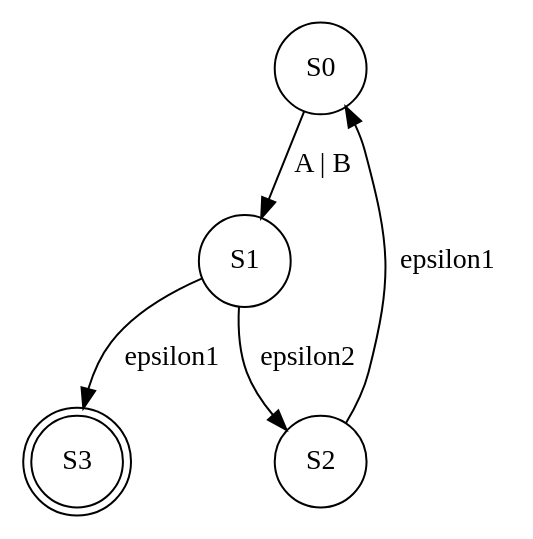
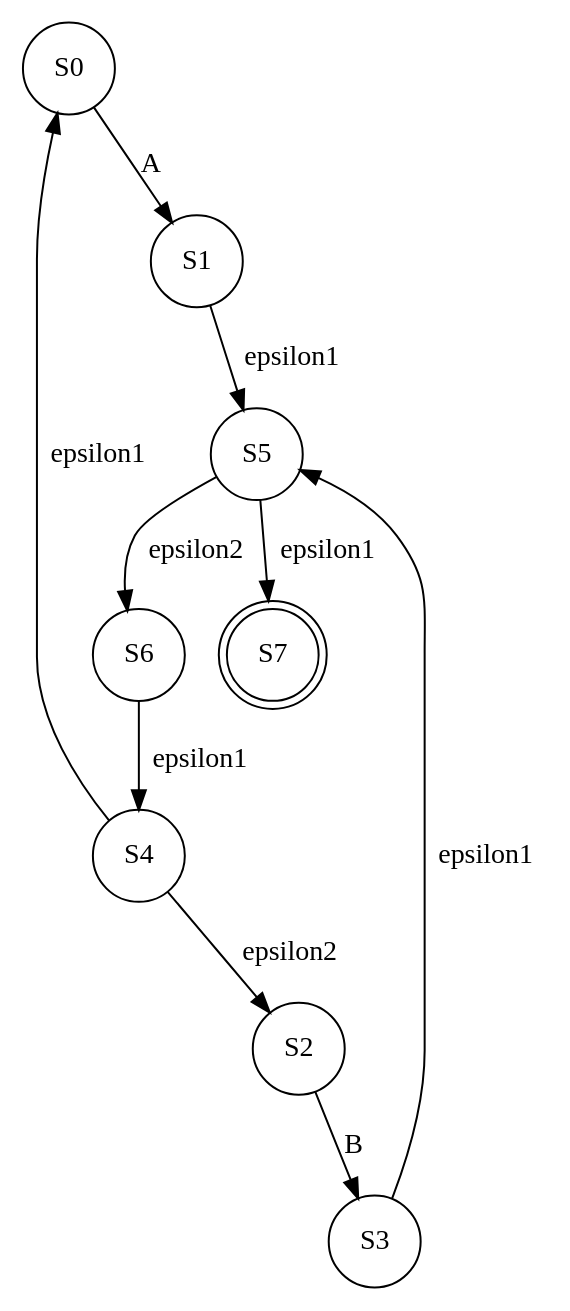
The diagram in src/nfa.gv (EngPeterAtef/Compilers_Lab), drawn with Graphviz before and after one commit. The commit also changed 5 other files, not shown here.

```diff
--- a/src/nfa.gv
+++ b/src/nfa.gv
@@ -1,10 +1,19 @@
 digraph {
 	S0 [shape=circle]
-	S0 -> S1 [label="A | B"]
+	S0 -> S1 [label=A]
 	S1 [shape=circle]
-	S1 -> S3 [label=epsilon1]
-	S1 -> S2 [label=epsilon2]
+	S1 -> S5 [label=epsilon1]
 	S2 [shape=circle]
-	S2 -> S0 [label=epsilon1]
-	S3 [shape=doublecircle]
+	S2 -> S3 [label=B]
+	S3 [shape=circle]
+	S3 -> S5 [label=epsilon1]
+	S4 [shape=circle]
+	S4 -> S0 [label=epsilon1]
+	S4 -> S2 [label=epsilon2]
+	S5 [shape=circle]
+	S5 -> S7 [label=epsilon1]
+	S5 -> S6 [label=epsilon2]
+	S6 [shape=circle]
+	S6 -> S4 [label=epsilon1]
+	S7 [shape=doublecircle]
 }
```
